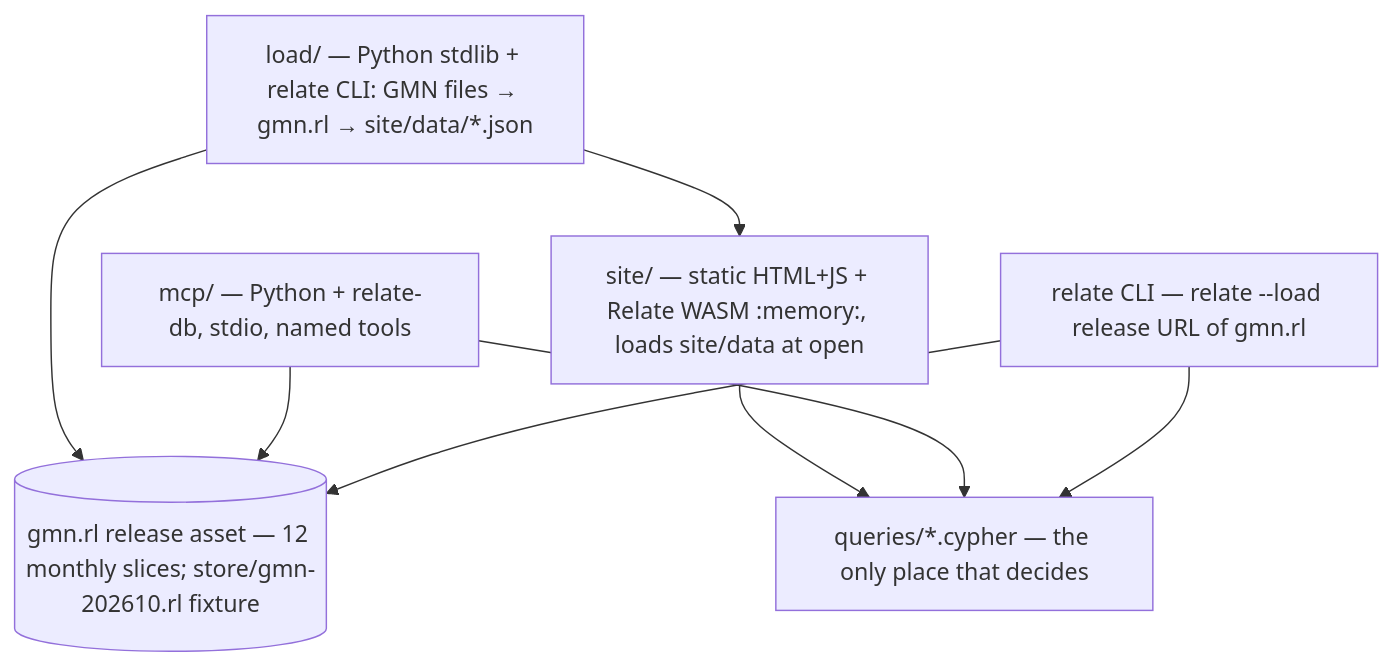
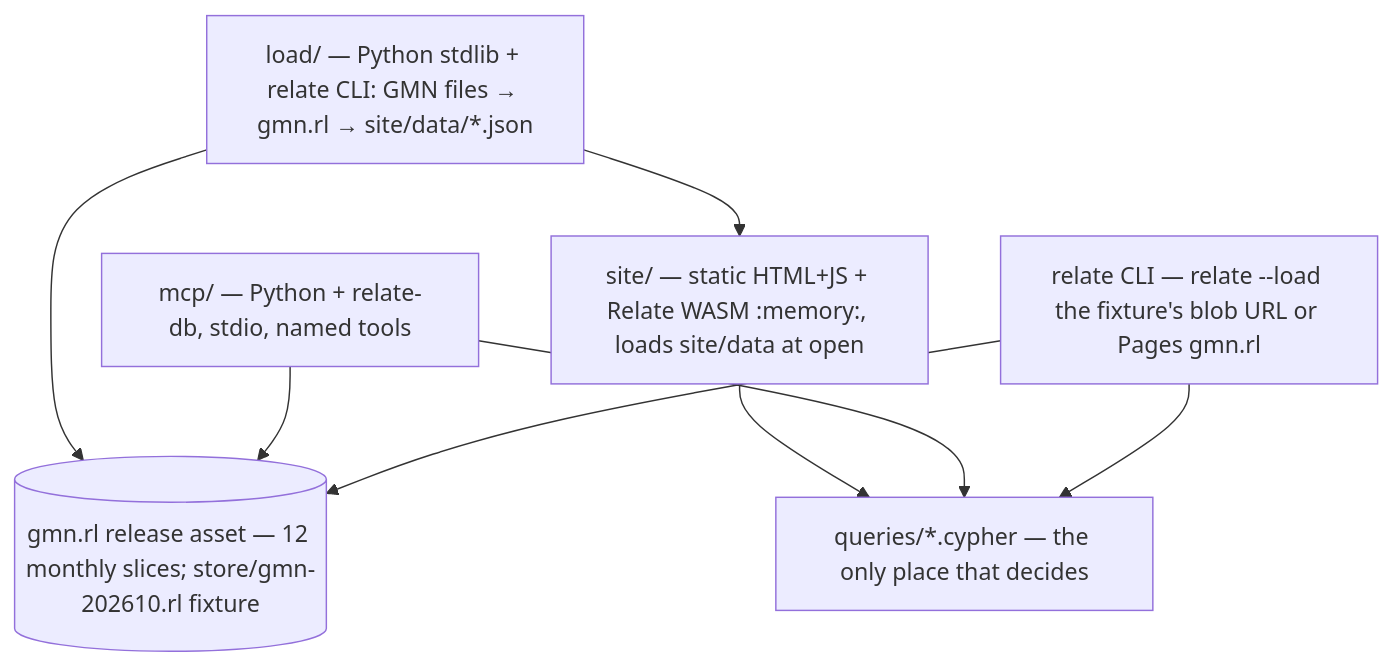
Before and after one commit to gmassello/second-witness: the second of 2 diagrams in docs/ARCHITECTURE.md, drawn with Mermaid. The commit also changed other lines of this file and 9 other files, not shown here.

First line of the commit message:
U1: monthly loader, October fixture and store-202610 release

````diff
--- a/docs/ARCHITECTURE.md
+++ b/docs/ARCHITECTURE.md
@@ -65,16 +65,16 @@
 ```mermaid
 graph TB
   q[queries/*.cypher — the only place that decides]
   load[load/ — Python stdlib + relate CLI: GMN files → gmn.rl → site/data/*.json]
   site[site/ — static HTML+JS + Relate WASM :memory:, loads site/data at open]
   mcp[mcp/ — Python + relate-db, stdio, named tools]
-  cli[relate CLI — relate --load release URL of gmn.rl]
+  cli[relate CLI — relate --load the fixture's blob URL or Pages gmn.rl]
   store[(gmn.rl release asset — 12 monthly slices; store/gmn-202610.rl fixture)]
   load --> store
   load --> site
   site --> q
   mcp --> q
   cli --> q
   mcp --> store
   cli --> store
 ```
````
